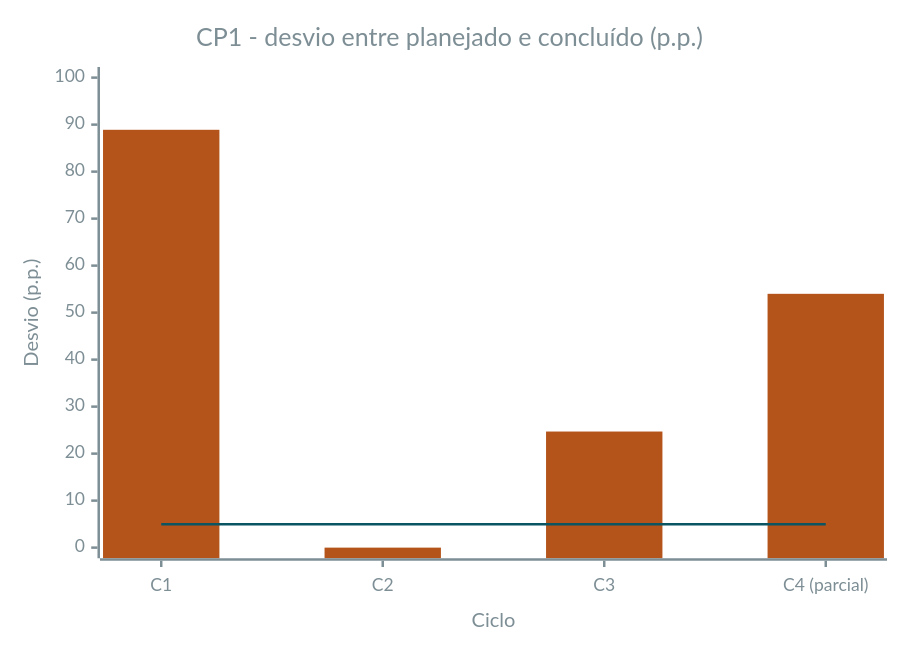
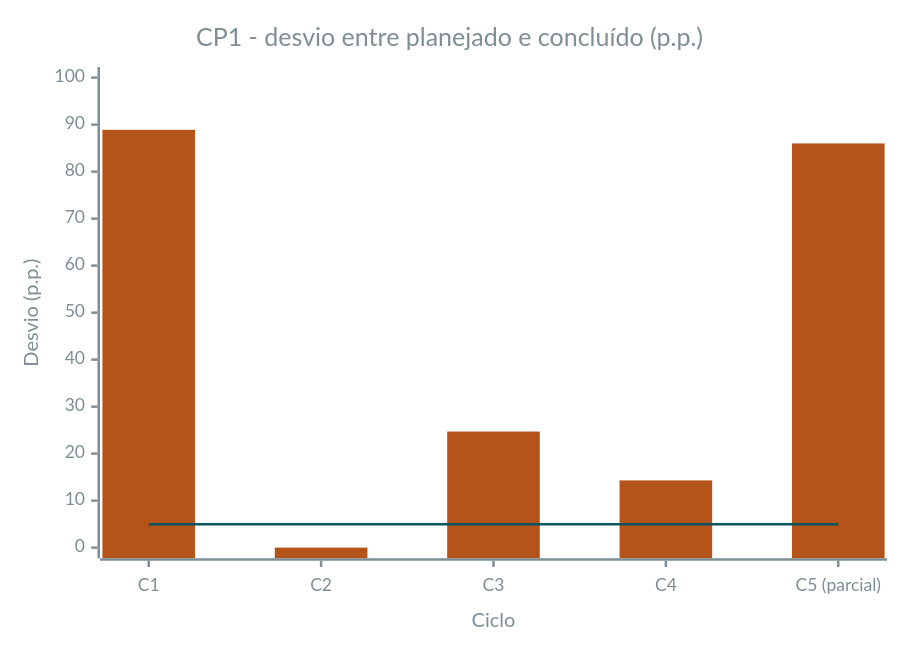
One commit to FCTE-Qualidade-de-Software-1/2026-2_T02_FRANCES_ALLEN changed diagram 23 of 29 in docs/gestao/registro-de-medicoes.md. Above: the diagram before and after it, drawn with Mermaid. The commit also changed other lines of this file and 2 other files, not shown here.

First line of the commit message:
PSM: fechamento do ciclo 4 e coleta parcial do ciclo 5

````diff
--- a/docs/gestao/registro-de-medicoes.md
+++ b/docs/gestao/registro-de-medicoes.md
@@ -696,24 +891,24 @@
 ```mermaid
 ---
 config:
   themeVariables:
     xyChart:
       plotColorPalette: "#B4531A, #0B5563"
       titleColor: "#7D8E95"
       xAxisLabelColor: "#7D8E95"
       xAxisTitleColor: "#7D8E95"
       xAxisLineColor: "#7D8E95"
       xAxisTickColor: "#7D8E95"
       yAxisLabelColor: "#7D8E95"
       yAxisTitleColor: "#7D8E95"
       yAxisLineColor: "#7D8E95"
       yAxisTickColor: "#7D8E95"
       backgroundColor: "transparent"
 ---
 xychart-beta
     title "CP1 - desvio entre planejado e concluído (p.p.)"
-    x-axis "Ciclo" ["C1", "C2", "C3", "C4 (parcial)"]
+    x-axis "Ciclo" ["C1", "C2", "C3", "C4", "C5 (parcial)"]
     y-axis "Desvio (p.p.)" 0 --> 100
-    bar [88.9, 0, 24.7, 54.0]
-    line [5, 5, 5, 5]
+    bar [88.9, 0, 24.7, 14.3, 86.0]
+    line [5, 5, 5, 5, 5]
 ```
````
